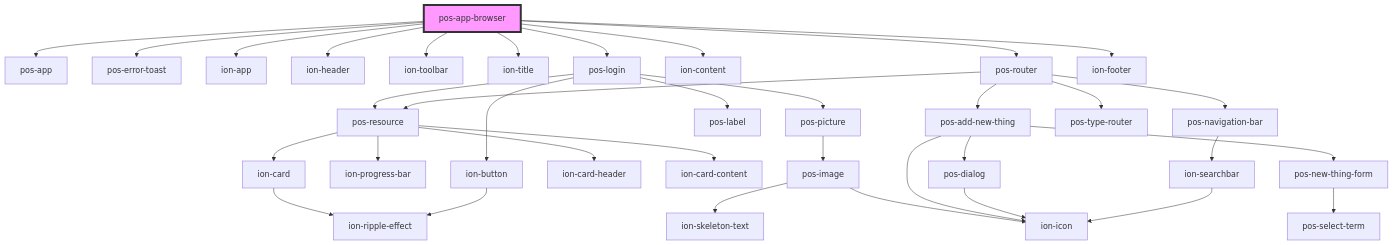
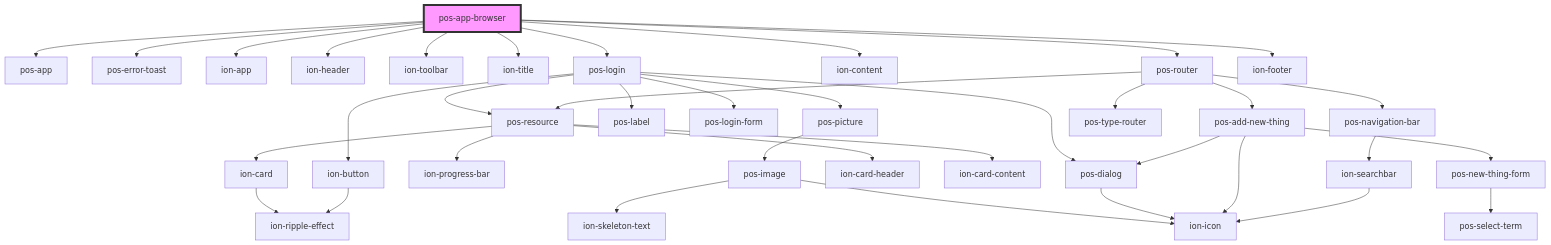
One commit to pod-os/PodOS changed the diagram in docs/elements/apps/pos-app-browser/readme.md. Above: the diagram before and after it, drawn with Mermaid. The commit also changed 6 other files, not shown here.

````diff
--- a/docs/elements/apps/pos-app-browser/readme.md
+++ b/docs/elements/apps/pos-app-browser/readme.md
@@ -24,38 +24,40 @@
 ```mermaid
 graph TD;
   pos-app-browser --> pos-app
   pos-app-browser --> pos-error-toast
   pos-app-browser --> ion-app
   pos-app-browser --> ion-header
   pos-app-browser --> ion-toolbar
   pos-app-browser --> ion-title
   pos-app-browser --> pos-login
   pos-app-browser --> ion-content
   pos-app-browser --> pos-router
   pos-app-browser --> ion-footer
   pos-login --> pos-resource
   pos-login --> pos-picture
   pos-login --> pos-label
   pos-login --> ion-button
+  pos-login --> pos-dialog
+  pos-login --> pos-login-form
   pos-resource --> ion-progress-bar
   pos-resource --> ion-card
   pos-resource --> ion-card-header
   pos-resource --> ion-card-content
   ion-card --> ion-ripple-effect
   pos-picture --> pos-image
   pos-image --> ion-skeleton-text
   pos-image --> ion-icon
   ion-button --> ion-ripple-effect
+  pos-dialog --> ion-icon
   pos-router --> pos-add-new-thing
   pos-router --> pos-navigation-bar
   pos-router --> pos-resource
   pos-router --> pos-type-router
   pos-add-new-thing --> ion-icon
   pos-add-new-thing --> pos-dialog
   pos-add-new-thing --> pos-new-thing-form
-  pos-dialog --> ion-icon
   pos-new-thing-form --> pos-select-term
   pos-navigation-bar --> ion-searchbar
   ion-searchbar --> ion-icon
   style pos-app-browser fill:#f9f,stroke:#333,stroke-width:4px
 ```
````
